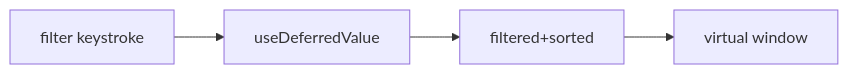
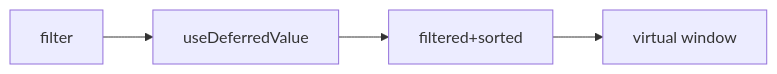
The second of 2 diagrams in docs/machine-coding/08-optimized-table.md (prajjwaljogdand/FullstackPreparation), drawn with Mermaid before and after one commit. The commit also changed other lines of this file and 91 other files, not shown here.

````diff
--- a/docs/machine-coding/08-optimized-table.md
+++ b/docs/machine-coding/08-optimized-table.md
@@ -40,6 +40,6 @@
 ```mermaid
 flowchart LR
-  Keystroke[filter keystroke] --> Deferred[useDeferredValue]
+  Keystroke[filter] --> Deferred[useDeferredValue]
   Deferred --> Derive[filtered+sorted]
   Derive --> Render[virtual window]
 ```
````
